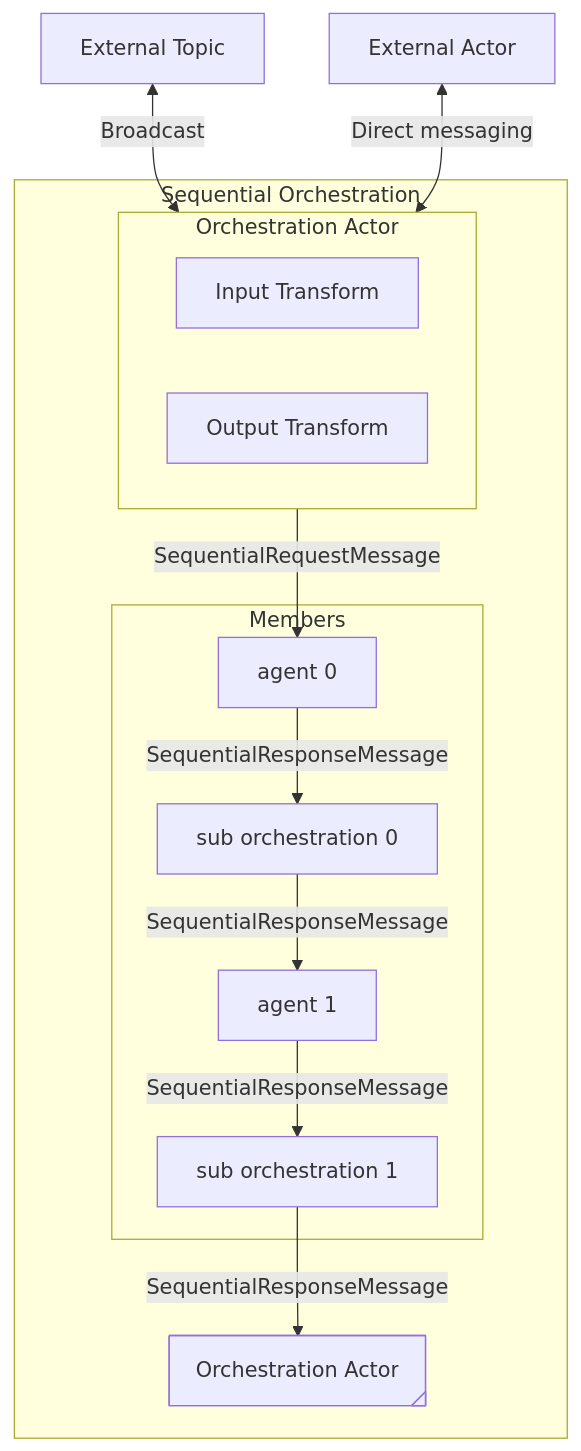
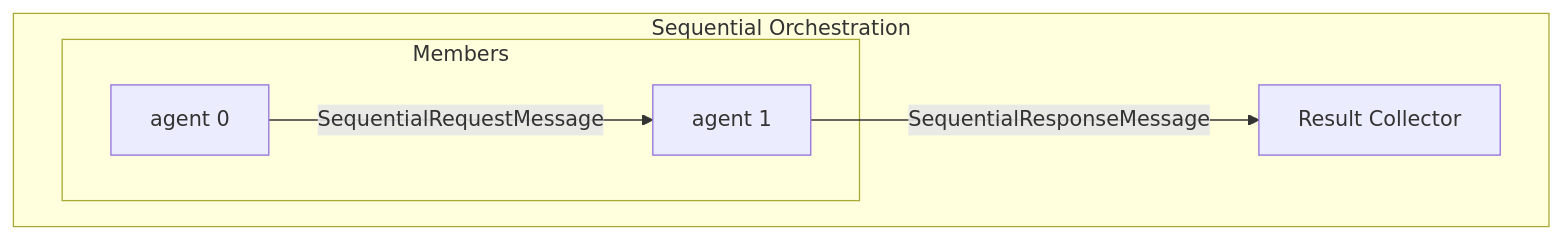
The third of 5 diagrams in docs/decisions/00xx-multi-agent-orchestration.md (microsoft/semantic-kernel), drawn with Mermaid before and after one commit. The commit also changed other lines of this file, not shown here.

````diff
--- a/docs/decisions/00xx-multi-agent-orchestration.md
+++ b/docs/decisions/00xx-multi-agent-orchestration.md
@@ -660,32 +496,17 @@
 ```mermaid
 graph TD
-  %% External
-  EXT_Topic[External Topic]
-  EXT_Actor[External Actor]
-
   %% Outer Block
   subgraph Sequential Orchestration
-    subgraph OA0[Orchestration Actor]
-      InputTransform[Input Transform]
-      OutputTransform[Output Transform]
-    end
 
     subgraph Members[Members]
       AG0[agent 0]
-      SO0[sub orchestration 0]
       AG1[agent 1]
-      SO1[sub orchestration 1]
     end
 
-    OA1@{ shape: tag-rect, label: "Orchestration Actor" }
+    RC[Result Collector]
   end
 
   %% Connections
-  EXT_Topic <--> |Broadcast| OA0
-  EXT_Actor <--> |Direct messaging| OA0
-  OA0 --> |SequentialRequestMessage| AG0
-  AG0 --> |SequentialResponseMessage| SO0
-  SO0 --> |SequentialResponseMessage| AG1
-  AG1 --> |SequentialResponseMessage| SO1
-  SO1 --> |SequentialResponseMessage| OA1
+  AG0 --> |SequentialRequestMessage| AG1
+  AG1 --> |SequentialResponseMessage| RC
 ```
````
